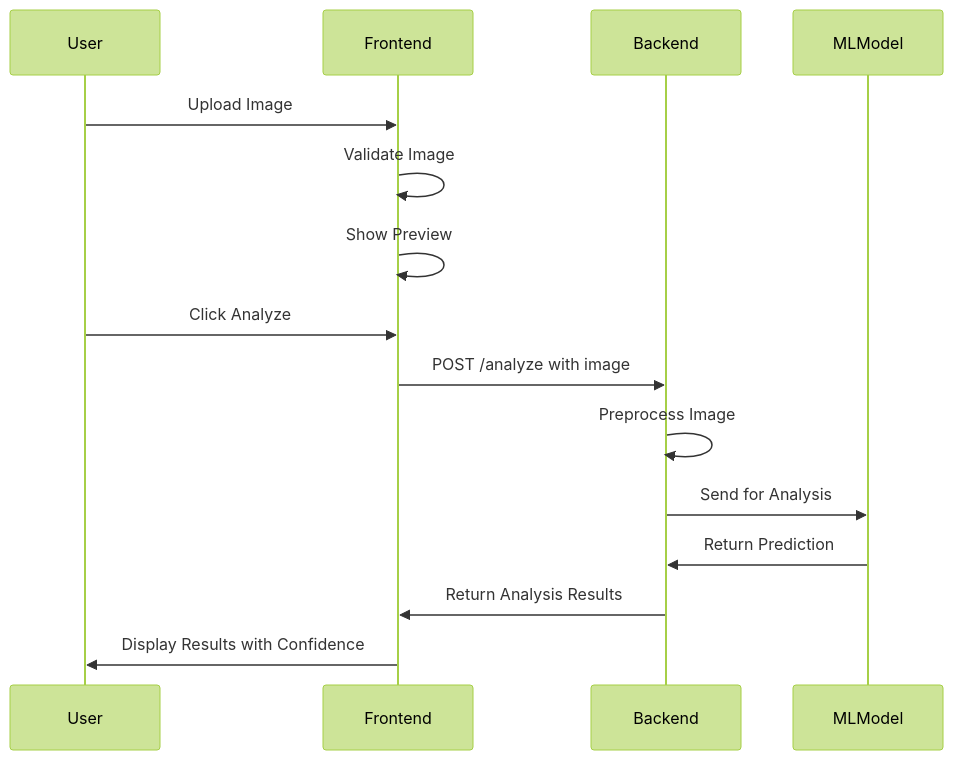
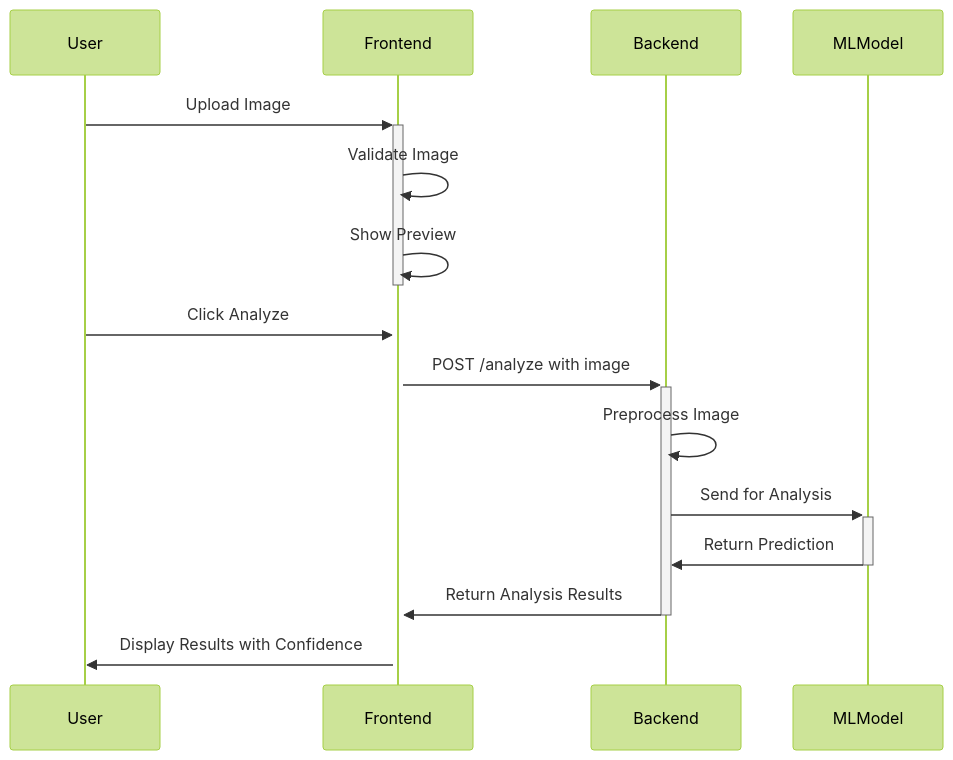
Before and after one commit to GaganLonde/DeepFakeDetection: the diagram in docs/sequence_diagram.md, drawn with Mermaid (forest theme). The commit also changed 1 other file, not shown here.

Commit message:
Refactor sequence diagram for clarity and update PNG representation

````diff
--- a/docs/sequence_diagram.md
+++ b/docs/sequence_diagram.md
@@ -1,21 +1,21 @@
 ```mermaid
 sequenceDiagram
     participant User
     participant Frontend
     participant Backend
     participant MLModel
 
-    User->>Frontend: Upload Image
+    User->>+Frontend: Upload Image
     Frontend->>Frontend: Validate Image
-    Frontend->>Frontend: Show Preview
+    Frontend->>-Frontend: Show Preview
 
-    User->>Frontend: Click Analyze
-    Frontend->>Backend: POST /analyze with image
+    User->>+Frontend: Click Analyze
+    Frontend->>+Backend: POST /analyze with image
     Backend->>Backend: Preprocess Image
 
-    Backend->>MLModel: Send for Analysis
-    MLModel->>Backend: Return Prediction
+    Backend->>+MLModel: Send for Analysis
+    MLModel->>-Backend: Return Prediction
 
-    Backend->>Frontend: Return Analysis Results
+    Backend->>-Frontend: Return Analysis Results
     Frontend->>User: Display Results with Confidence
 ```
````
